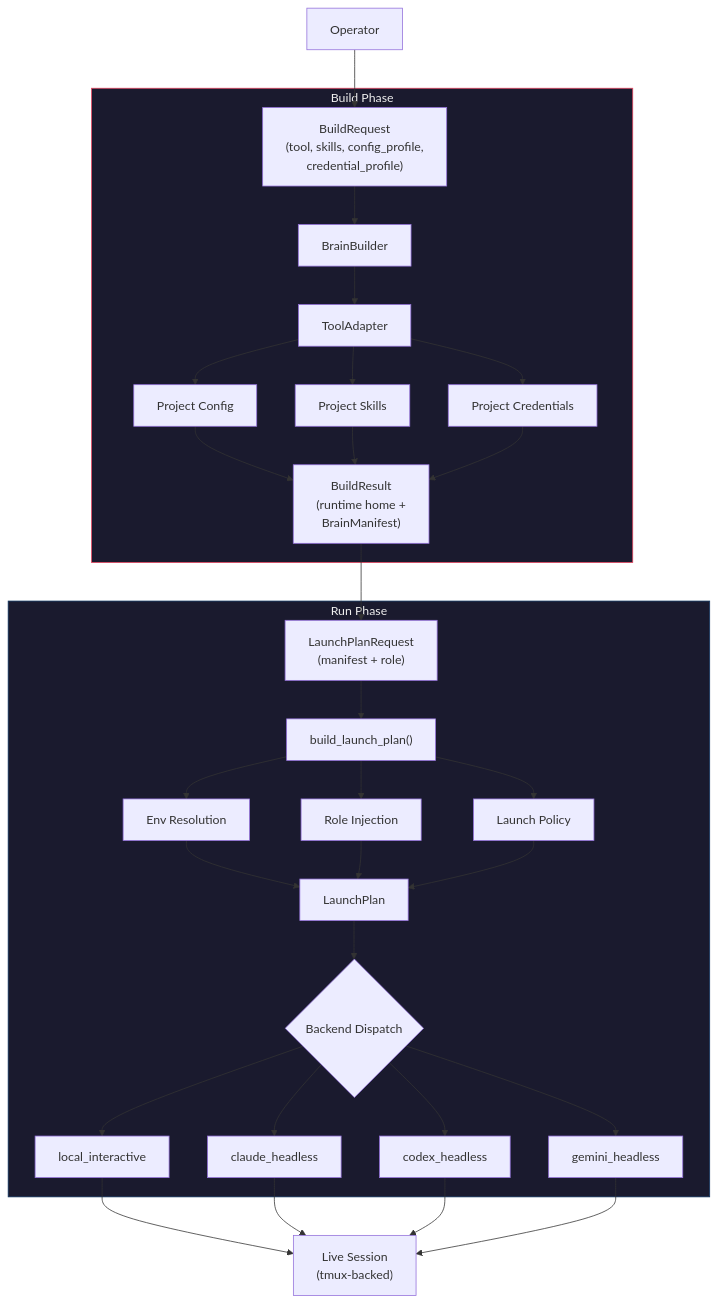
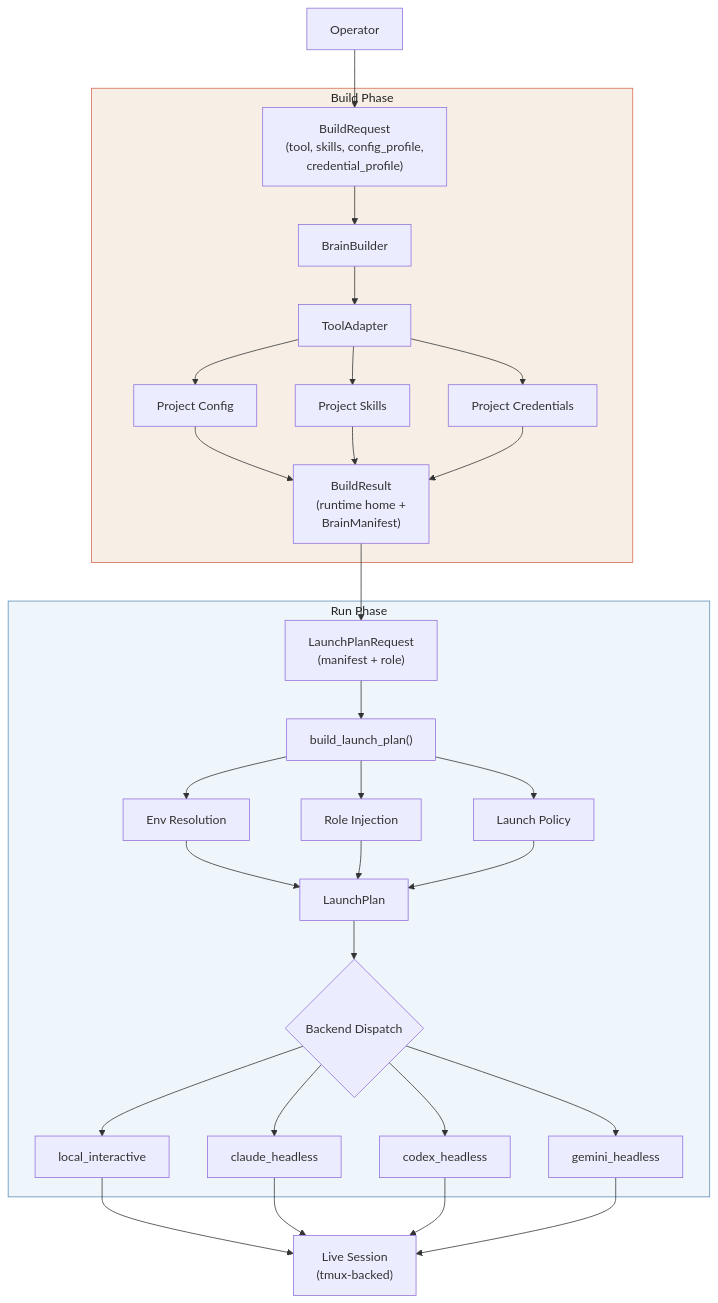
Before and after one commit to igamenovoer/houmao: the first of 2 diagrams in docs/getting-started/overview.md, drawn with Mermaid.

Commit message:
docs: lighten overview mermaid styling

````diff
--- a/docs/getting-started/overview.md
+++ b/docs/getting-started/overview.md
@@ -9,40 +9,40 @@
 ```mermaid
 flowchart TD
     Op["Operator"] --> BR["BuildRequest<br/>(tool, skills, config_profile,<br/>credential_profile)"]
 
     subgraph Build["Build Phase"]
         BR --> BB["BrainBuilder"]
         BB --> TA["ToolAdapter"]
         TA --> PC["Project Config"]
         TA --> PS["Project Skills"]
         TA --> CRED["Project Credentials"]
         PC --> BRES["BuildResult<br/>(runtime home +<br/>BrainManifest)"]
         PS --> BRES
         CRED --> BRES
     end
 
     BRES --> LPR["LaunchPlanRequest<br/>(manifest + role)"]
 
     subgraph Run["Run Phase"]
         LPR --> BLP["build_launch_plan()"]
         BLP --> ENV["Env Resolution"]
         BLP --> RI["Role Injection"]
         BLP --> POL["Launch Policy"]
         ENV --> LP["LaunchPlan"]
         RI --> LP
         POL --> LP
         LP --> BD{"Backend Dispatch"}
         BD --> LI["local_interactive"]
         BD --> CH["claude_headless"]
         BD --> CXH["codex_headless"]
         BD --> GH["gemini_headless"]
     end
 
     LI --> LS["Live Session<br/>(tmux-backed)"]
     CH --> LS
     CXH --> LS
     GH --> LS
 
-    style Build fill:#1a1a2e,stroke:#e94560,color:#eee
-    style Run fill:#1a1a2e,stroke:#0f3460,color:#eee
+    style Build fill:#f7efe6,stroke:#d66a4f,color:#222
+    style Run fill:#eef5fb,stroke:#5b8db8,color:#222
 ```
````
